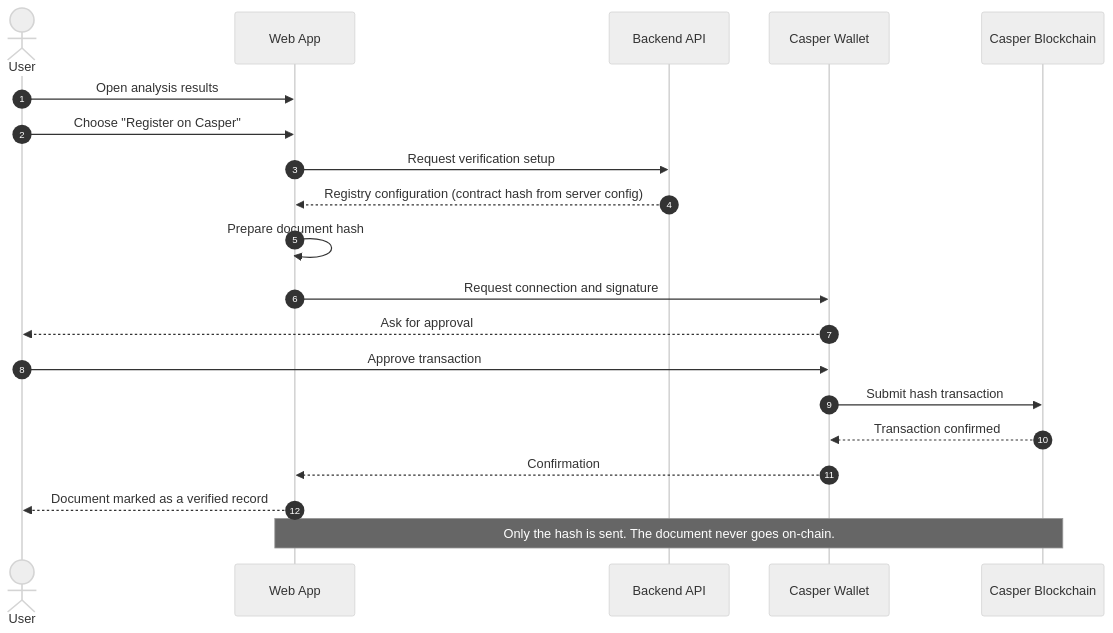
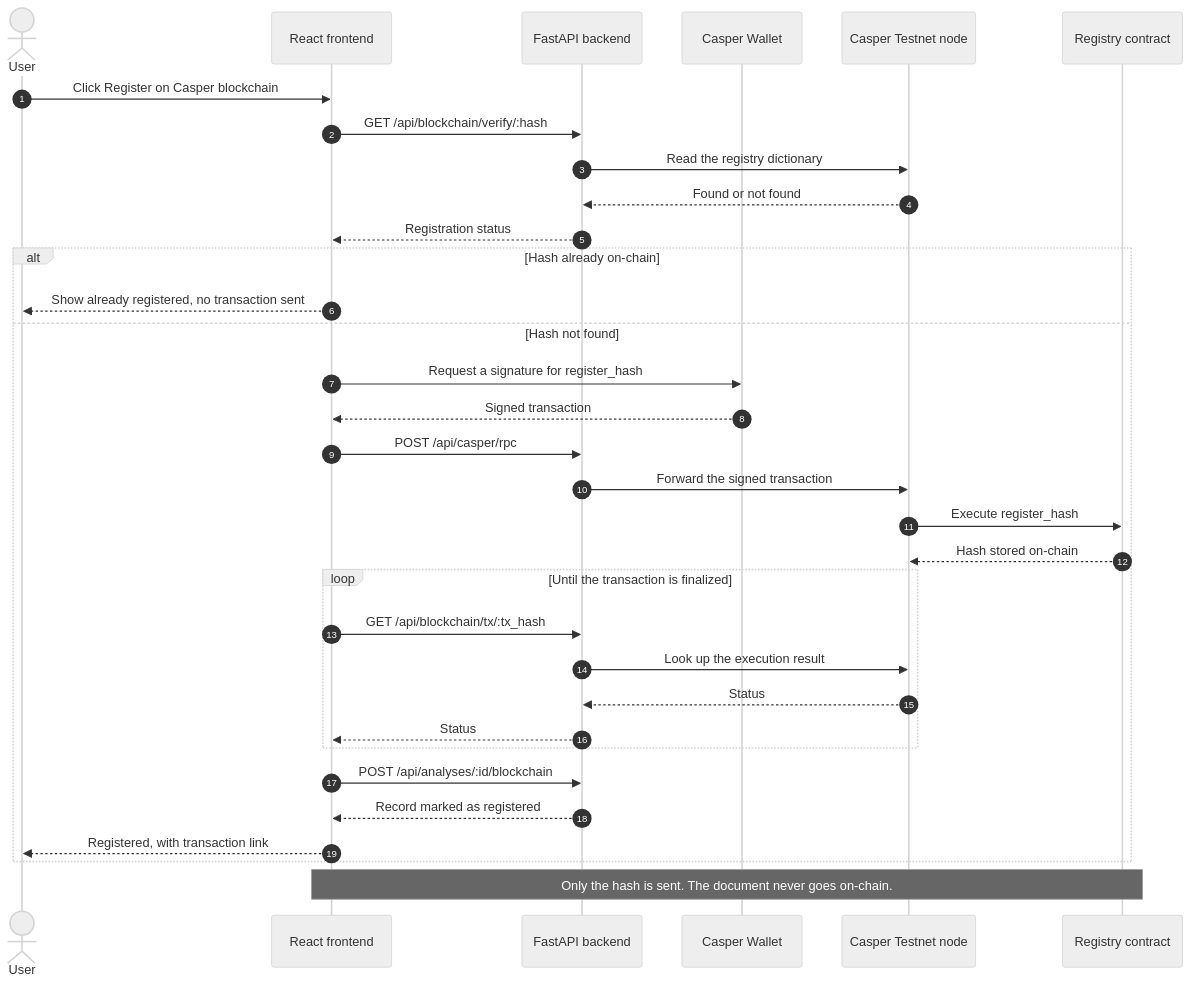
One commit to Hajrajadoon/LexProof-AI changed the fourth of 11 diagrams in README.md. Above: the diagram before and after it, drawn with Mermaid (neutral theme). The commit also changed other lines of this file, not shown here.

````diff
--- a/README.md
+++ b/README.md
@@ -292,23 +265,37 @@
 ```mermaid
 sequenceDiagram
     autonumber
     actor User
-    participant UI as Web App
-    participant API as Backend API
+    participant FE as React frontend
+    participant API as FastAPI backend
     participant W as Casper Wallet
-    participant C as Casper Blockchain
+    participant N as Casper Testnet node
+    participant SC as Registry contract
 
-    User->>UI: Open analysis results
-    User->>UI: Choose "Register on Casper"
-    UI->>API: Request verification setup
-    API-->>UI: Registry configuration (contract hash from server config)
-    UI->>UI: Prepare document hash
-    UI->>W: Request connection and signature
-    W-->>User: Ask for approval
-    User->>W: Approve transaction
-    W->>C: Submit hash transaction
-    C-->>W: Transaction confirmed
-    W-->>UI: Confirmation
-    UI-->>User: Document marked as a verified record
-    Note over UI,C: Only the hash is sent. The document never goes on-chain.
+    User->>FE: Click Register on Casper blockchain
+    FE->>API: GET /api/blockchain/verify/:hash
+    API->>N: Read the registry dictionary
+    N-->>API: Found or not found
+    API-->>FE: Registration status
+
+    alt Hash already on-chain
+        FE-->>User: Show already registered, no transaction sent
+    else Hash not found
+        FE->>W: Request a signature for register_hash
+        W-->>FE: Signed transaction
+        FE->>API: POST /api/casper/rpc
+        API->>N: Forward the signed transaction
+        N->>SC: Execute register_hash
+        SC-->>N: Hash stored on-chain
+        loop Until the transaction is finalized
+            FE->>API: GET /api/blockchain/tx/:tx_hash
+            API->>N: Look up the execution result
+            N-->>API: Status
+            API-->>FE: Status
+        end
+        FE->>API: POST /api/analyses/:id/blockchain
+        API-->>FE: Record marked as registered
+        FE-->>User: Registered, with transaction link
+    end
+    Note over FE,SC: Only the hash is sent. The document never goes on-chain.
 ```
````
